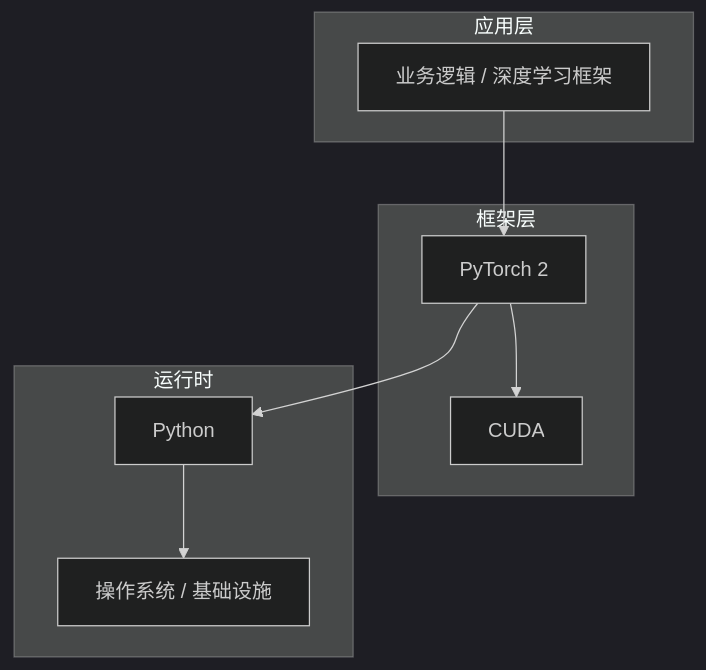
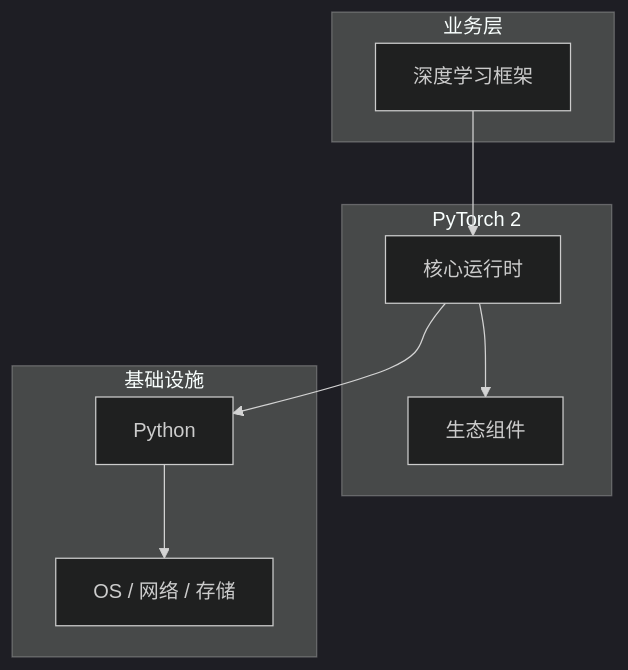
The diagram in articles/深度学习/chapters/101-深度学习框架核心概念与原理.md (yanggan2015/knowledge-json-v2), drawn with Mermaid (dark theme) before and after one commit. The commit also changed other lines of this file and 10127 other files, not shown here.

````diff
--- a/articles/深度学习/chapters/101-深度学习框架核心概念与原理.md
+++ b/articles/深度学习/chapters/101-深度学习框架核心概念与原理.md
@@ -45,18 +30,18 @@
 ```mermaid
 graph TB
-    subgraph 应用层
-        A[业务逻辑 / 深度学习框架]
+    subgraph 业务层
+        A[深度学习框架]
     end
-    subgraph 框架层
-        B[PyTorch 2]
-        C[CUDA]
+    subgraph PyTorch 2
+        B[核心运行时]
+        C[生态组件]
     end
-    subgraph 运行时
+    subgraph 基础设施
         D[Python]
-        E[操作系统 / 基础设施]
+        E[OS / 网络 / 存储]
     end
     A --> B
     B --> C
     B --> D
     D --> E
 ```
````
